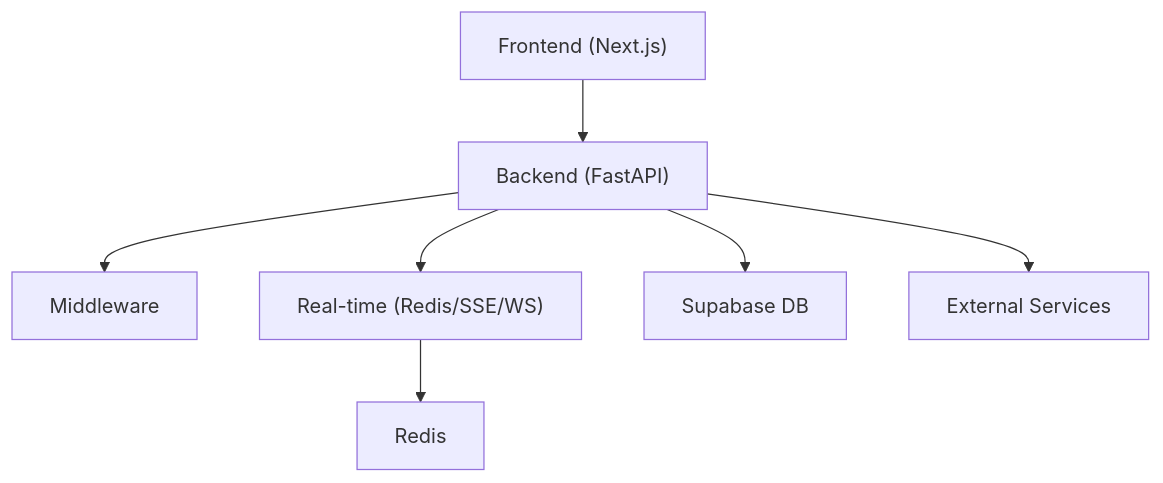
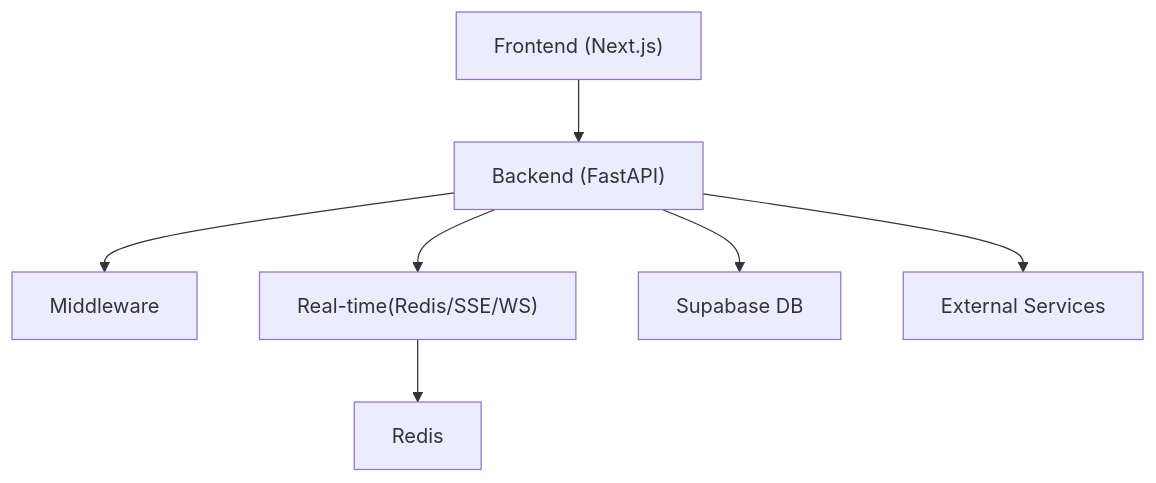
Before and after one commit to rohitkumarnaidu/ScholarFormAI: the ninth of 9 diagrams in docs/docs/knowledge/Architecture Overview/Architecture Overview.md, drawn with Mermaid. The commit also changed other lines of this file and 73 other files, not shown here.

First line of the commit message:
docs: enterprise-level markdown upgrade with Mermaid diagrams

````diff
--- a/docs/docs/knowledge/Architecture Overview/Architecture Overview.md
+++ b/docs/docs/knowledge/Architecture Overview/Architecture Overview.md
@@ -339,16 +339,16 @@
 ```mermaid
 graph TB
 FE["Frontend (Next.js)"]
 API["Backend (FastAPI)"]
 MW["Middleware"]
-RT["Real-time (Redis/SSE/WS)"]
+RT["Real-time(Redis/SSE/WS)"]
 DB["Supabase DB"]
 Cache["Redis"]
 Ext["External Services"]
 FE --> API
 API --> MW
 API --> RT
 RT --> Cache
 API --> DB
 API --> Ext
 ```
````
